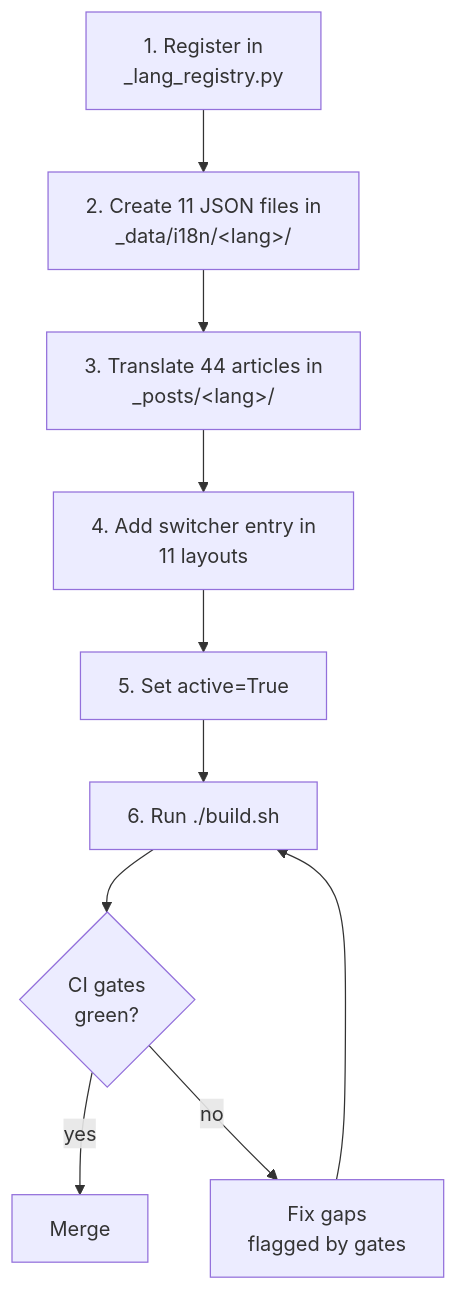
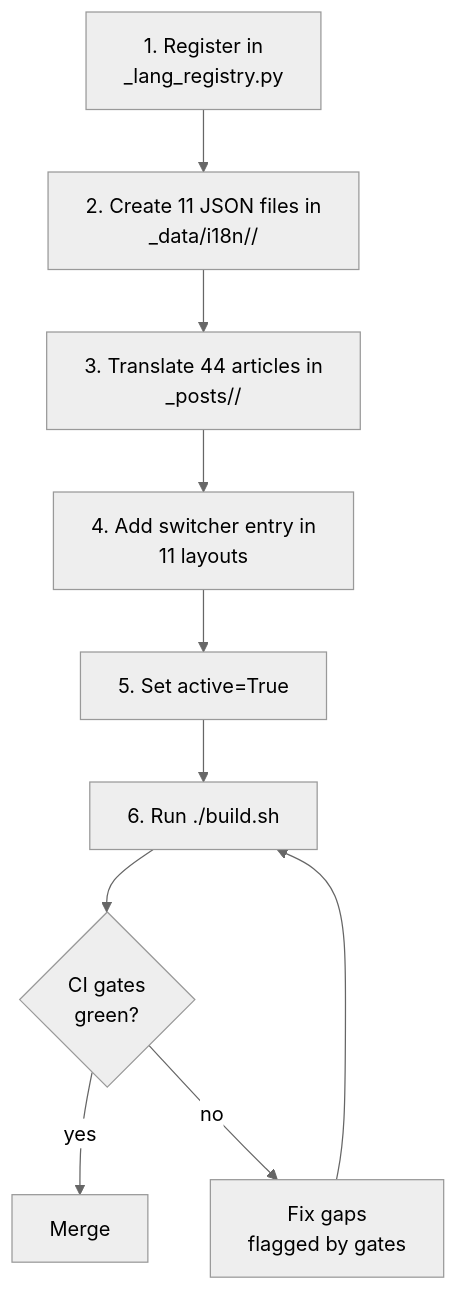
One commit to sebastienrousseau/sebastienrousseau.github.io changed the third of 3 diagrams in doc/I18N.md. Above: the diagram before and after it, drawn with Mermaid. The commit also changed other lines of this file and 6 other files, not shown here.

First line of the commit message:
docs: clean Mermaid diagrams — neutral theme, no emoji, restructured long flows

````diff
--- a/doc/I18N.md
+++ b/doc/I18N.md
@@ -195,12 +197,13 @@
 ```mermaid
+%%{init: {'theme':'neutral'} }%%
 flowchart TB
-    A[1. Register in<br/>_lang_registry.py] --> B[2. Create 11 JSON files in<br/>_data/i18n/&lt;lang&gt;/]
-    B --> C[3. Translate 44 articles in<br/>_posts/&lt;lang&gt;/]
-    C --> D[4. Add switcher entry in<br/>11 layouts]
-    D --> E[5. Set active=True]
-    E --> F[6. Run ./build.sh]
-    F --> G{CI gates<br/>green?}
-    G -->|yes| MERGE[Merge]
-    G -->|no| FIX[Fix gaps<br/>flagged by gates]
-    FIX --> F
+ A[1. Register in<br/>_lang_registry.py] --> B[2. Create 11 JSON files in<br/>_data/i18n/<lang>/]
+ B --> C[3. Translate 44 articles in<br/>_posts/<lang>/]
+ C --> D[4. Add switcher entry in<br/>11 layouts]
+ D --> E[5. Set active=True]
+ E --> F[6. Run ./build.sh]
+ F --> G{CI gates<br/>green?}
+ G -->|yes| MERGE[Merge]
+ G -->|no| FIX[Fix gaps<br/>flagged by gates]
+ FIX --> F
 ```
````
